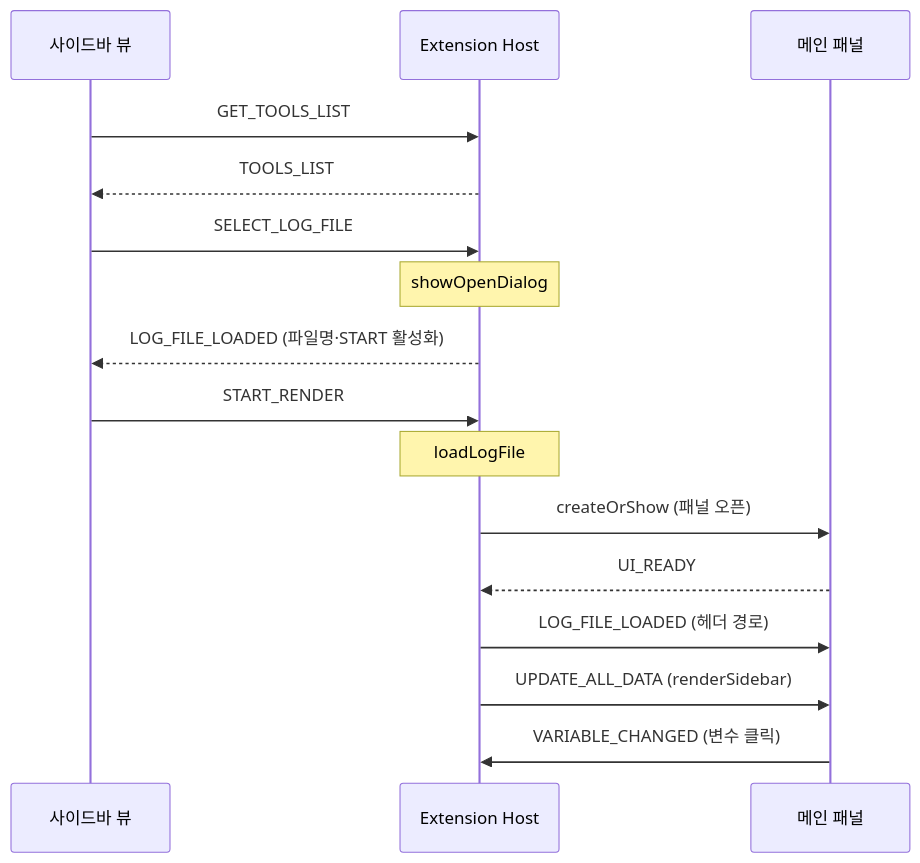
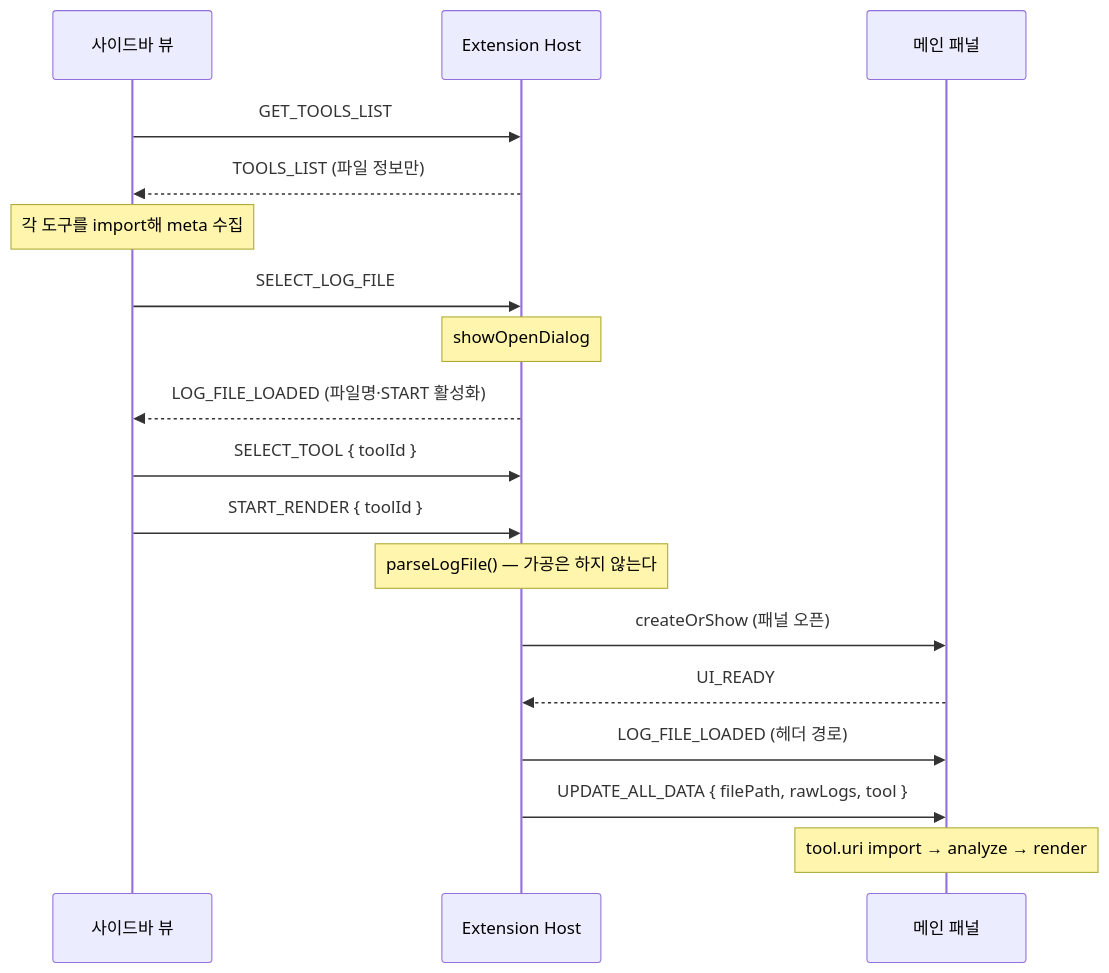
The diagram in docs/message-protocol.md (sdkurjnk/OsciloScope), drawn with Mermaid before and after one commit. The commit also changed other lines of this file and 30 other files, not shown here.

````diff
--- a/docs/message-protocol.md
+++ b/docs/message-protocol.md
@@ -51,22 +117,23 @@
 ```mermaid
 sequenceDiagram
     participant SB as 사이드바 뷰
     participant EXT as Extension Host
     participant MP as 메인 패널
 
     SB->>EXT: GET_TOOLS_LIST
-    EXT-->>SB: TOOLS_LIST
+    EXT-->>SB: TOOLS_LIST (파일 정보만)
+    Note over SB: 각 도구를 import해 meta 수집
 
     SB->>EXT: SELECT_LOG_FILE
     Note over EXT: showOpenDialog
     EXT-->>SB: LOG_FILE_LOADED (파일명·START 활성화)
 
-    SB->>EXT: START_RENDER
-    Note over EXT: loadLogFile
+    SB->>EXT: SELECT_TOOL { toolId }
+    SB->>EXT: START_RENDER { toolId }
+    Note over EXT: parseLogFile() — 가공은 하지 않는다
     EXT->>MP: createOrShow (패널 오픈)
     MP-->>EXT: UI_READY
     EXT->>MP: LOG_FILE_LOADED (헤더 경로)
-    EXT->>MP: UPDATE_ALL_DATA (renderSidebar)
-
-    MP->>EXT: VARIABLE_CHANGED (변수 클릭)
+    EXT->>MP: UPDATE_ALL_DATA { filePath, rawLogs, tool }
+    Note over MP: tool.uri import → analyze → render
 ```
````
